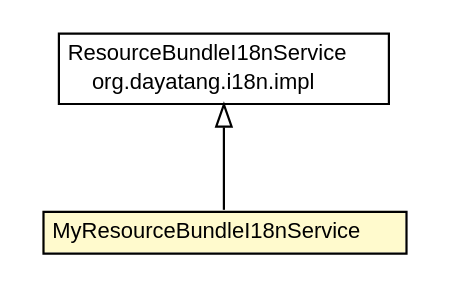
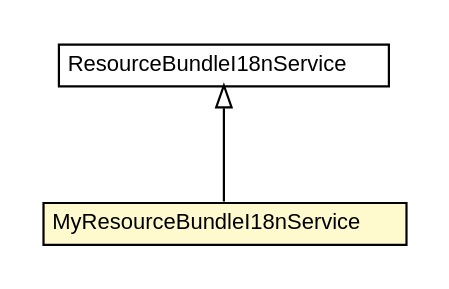
One commit to dayatang/dddlib changed the diagram in testapidocs/org/dayatang/i18n/support/MyResourceBundleI18nService.dot. Above: the diagram before and after it, drawn with Graphviz. The commit also changed 3371 other files, not shown here.

```diff
--- a/testapidocs/org/dayatang/i18n/support/MyResourceBundleI18nService.dot
+++ b/testapidocs/org/dayatang/i18n/support/MyResourceBundleI18nService.dot
@@ -1,27 +1,26 @@
 #!/usr/local/bin/dot
 #
 # Class diagram 
 # Generated by UMLGraph version R5_6_6-8-g8d7759 (http://www.umlgraph.org/)
 #
 
 digraph G {
 	edge [fontname="Helvetica",fontsize=10,labelfontname="Helvetica",labelfontsize=10];
 	node [fontname="Helvetica",fontsize=10,shape=plaintext];
 	nodesep=0.25;
 	ranksep=0.5;
 	// org.dayatang.i18n.support.MyResourceBundleI18nService
-	c32620 [label=<<table title="org.dayatang.i18n.support.MyResourceBundleI18nService" border="0" cellborder="1" cellspacing="0" cellpadding="2" port="p" bgcolor="lemonChiffon" href="./MyResourceBundleI18nService.html">
+	c32291 [label=<<table title="org.dayatang.i18n.support.MyResourceBundleI18nService" border="0" cellborder="1" cellspacing="0" cellpadding="2" port="p" bgcolor="lemonChiffon" href="./MyResourceBundleI18nService.html">
 		<tr><td><table border="0" cellspacing="0" cellpadding="1">
 <tr><td align="center" balign="center"> MyResourceBundleI18nService </td></tr>
 		</table></td></tr>
 		</table>>, URL="./MyResourceBundleI18nService.html", fontname="Helvetica", fontcolor="black", fontsize=10.0];
 	//org.dayatang.i18n.support.MyResourceBundleI18nService extends org.dayatang.i18n.impl.ResourceBundleI18nService
-	c32672:p -> c32620:p [dir=back,arrowtail=empty];
+	c32340:p -> c32291:p [dir=back,arrowtail=empty];
 	// org.dayatang.i18n.impl.ResourceBundleI18nService
-	c32672 [label=<<table title="org.dayatang.i18n.impl.ResourceBundleI18nService" border="0" cellborder="1" cellspacing="0" cellpadding="2" port="p" href="http://java.sun.com/j2se/1.4.2/docs/api/org/dayatang/i18n/impl/ResourceBundleI18nService.html">
+	c32340 [label=<<table title="org.dayatang.i18n.impl.ResourceBundleI18nService" border="0" cellborder="1" cellspacing="0" cellpadding="2" port="p">
 		<tr><td><table border="0" cellspacing="0" cellpadding="1">
 <tr><td align="center" balign="center"> ResourceBundleI18nService </td></tr>
-<tr><td align="center" balign="center"> org.dayatang.i18n.impl </td></tr>
 		</table></td></tr>
-		</table>>, URL="http://java.sun.com/j2se/1.4.2/docs/api/org/dayatang/i18n/impl/ResourceBundleI18nService.html", fontname="Helvetica", fontcolor="black", fontsize=10.0];
+		</table>>, URL="null", fontname="Helvetica", fontcolor="black", fontsize=10.0];
 }
```
